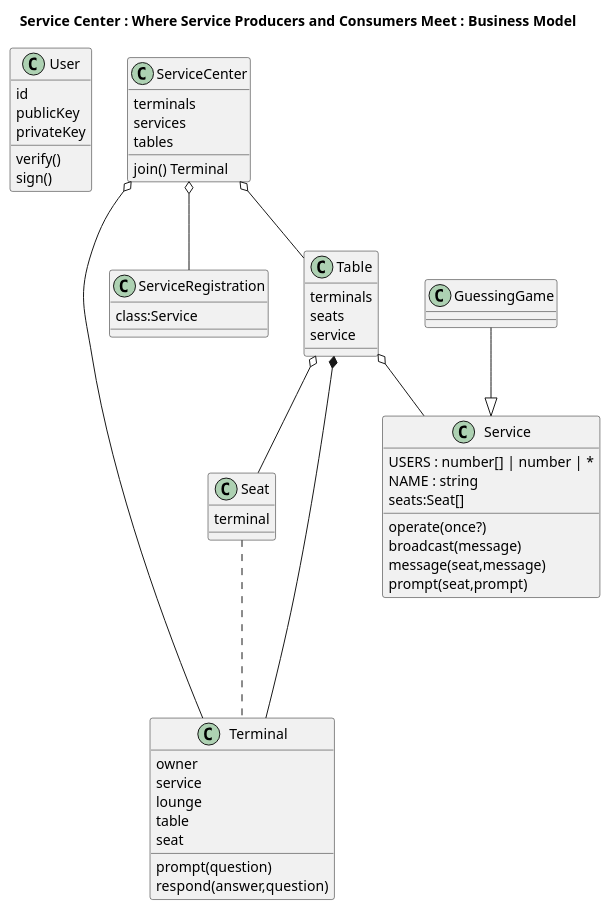
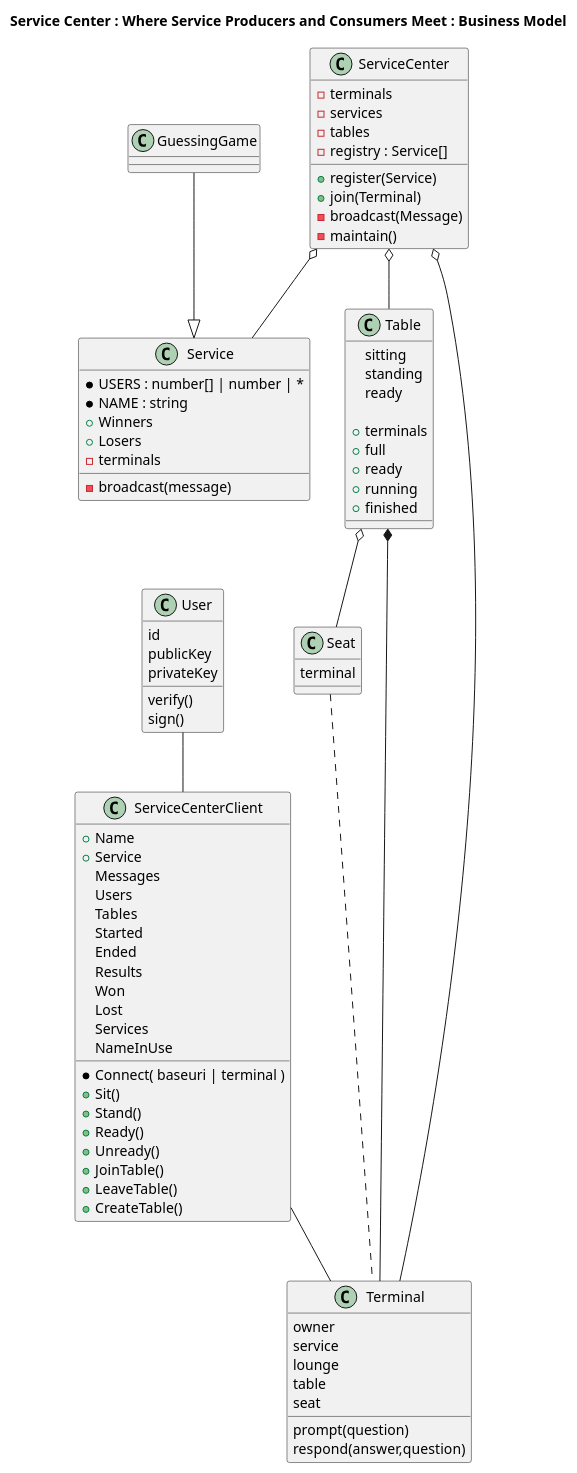
Before and after one commit to hawryschuk/terminals: the second of 4 diagrams in README.md, drawn with PlantUML. The commit also changed other lines of this file and 10 other files, not shown here.

Commit message:
docs: Improve documentation on classes/sequence fix: Terminal/WebTerminal bug with prompt , clobber fix: Service Center Client: Tables: calculating members fix: Service Center: clobber menu, but handle once

```diff
--- a/README.md
+++ b/README.md
@@ -78,27 +78,61 @@
     }
 
     class ServiceCenter {
-        terminals
-        services
-        tables
-        join() Terminal
+        -terminals
+        -services
+        -tables
+        -registry : Service[]
+
+        +register(Service)
+        +join(Terminal)
+        -broadcast(Message)
+        -maintain()
+    }
+
+    class ServiceCenterClient {
+        *Connect( baseuri | terminal )
+        
+        +Name
+        +Service
+        Messages
+        Users
+        Tables
+        Started
+        Ended
+        Results
+        Won
+        Lost
+        Services
+        NameInUse
+
+        +Sit()
+        +Stand()
+        +Ready()
+        +Unready()
+        +JoinTable()        
+        +LeaveTable()
+        +CreateTable()
     }
 
     class Service {
-        USERS : number[] | number | *
-        NAME : string
-        seats:Seat[]
-
-        operate(once?)
-        broadcast(message)
-        message(seat,message)
-        prompt(seat,prompt)
+        *USERS : number[] | number | *
+        *NAME : string
+        +Winners
+        +Losers
+        -terminals
+        -broadcast(message)
     }
 
     class Table {
-        terminals
-        seats
-        service
+        sitting
+        standing
+        ready
+
+        +terminals
+        +full
+        +ready
+        +running
+        +finished
     }
 
     class Seat {
@@ -115,19 +149,18 @@
         respond(answer,question)
     }
 
-    class ServiceRegistration {
-        class:Service
-    }
-    
     GuessingGame --|> Service
 
     ServiceCenter o-- Terminal
     ServiceCenter o-- Table
-    ServiceCenter o-- ServiceRegistration
+    ServiceCenter o-- Service
 
     Table *-- Terminal
     Table o-- Seat
-    Table o-- Service
+
+    User -- ServiceCenterClient
+    ServiceCenterClient -- Terminal
+
 
     Seat -.- Terminal
 @enduml
```
